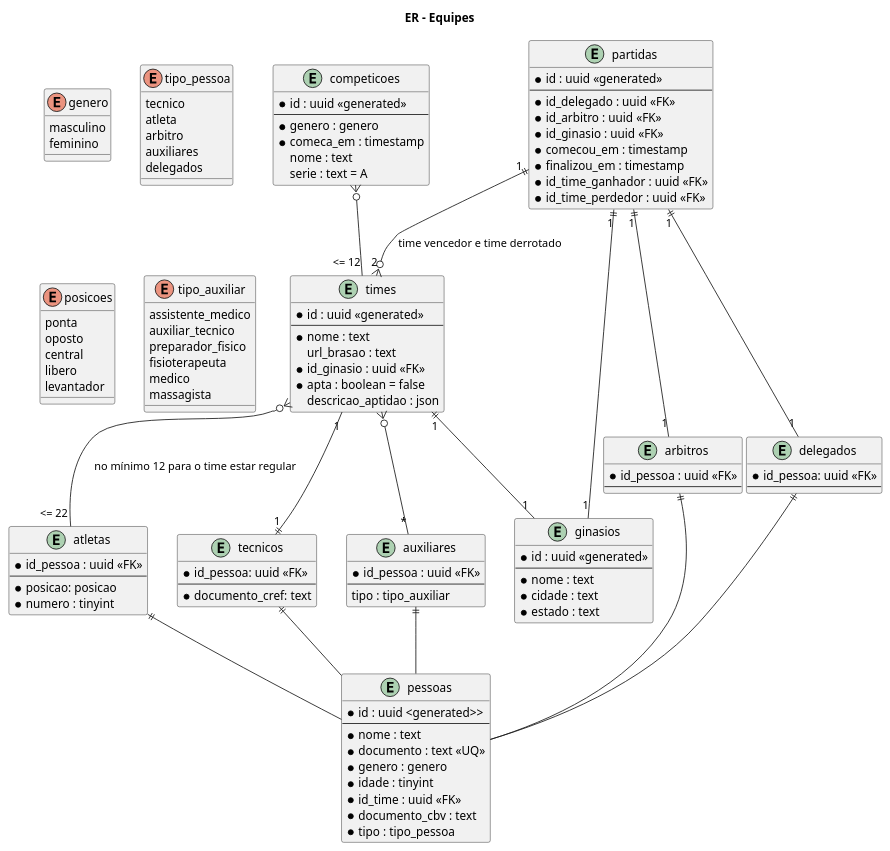
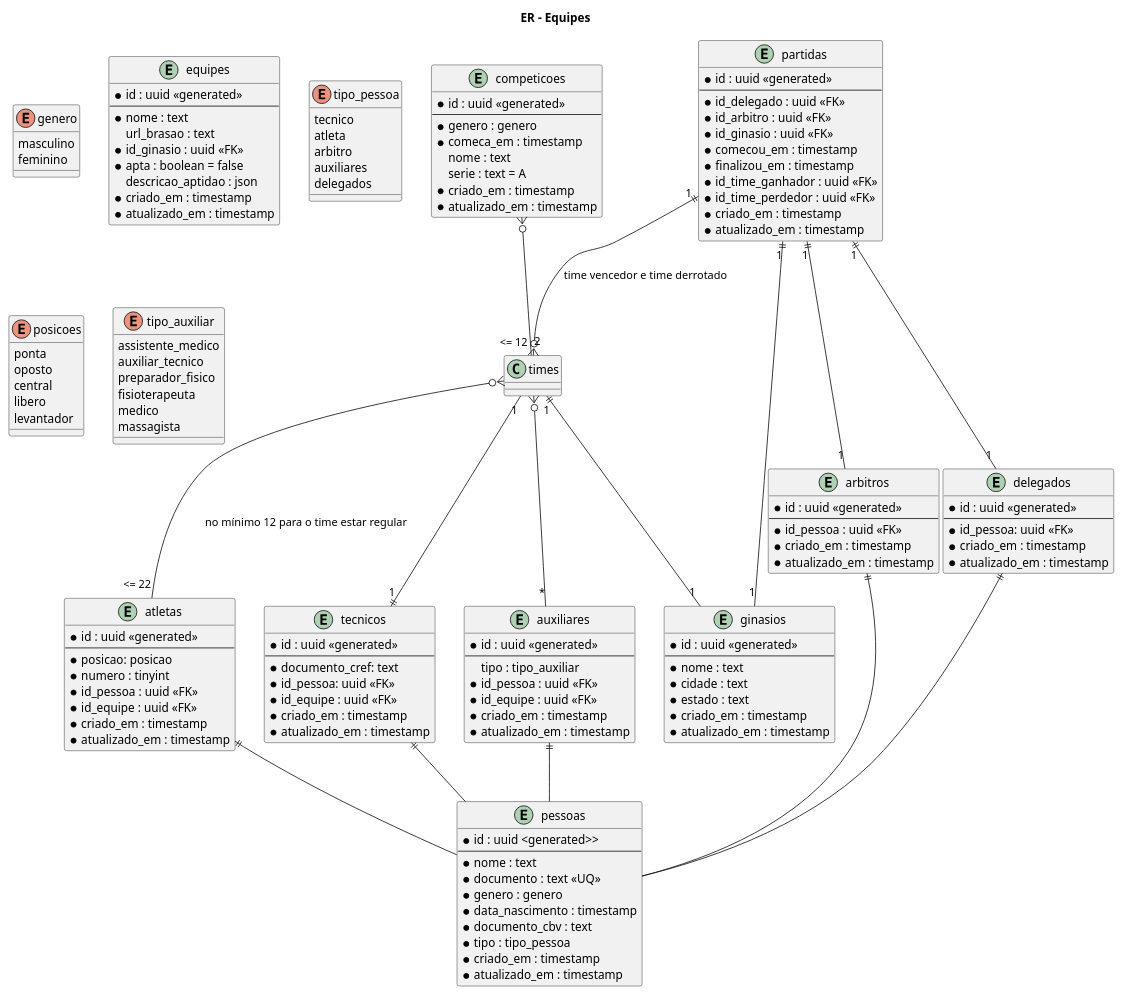
The diagram in docs/equipes.puml (josecleiton/volleyball-api), drawn with PlantUML before and after one commit. The commit also changed 1 other file, not shown here.

Commit message:
fix(docs): adiciona id_pessoa e id_equipe nas relações

```diff
--- a/docs/equipes.puml
+++ b/docs/equipes.puml
@@ -1,132 +1,159 @@
 @startuml er
 title ER - Equipes
 
 enum genero{
 	masculino
 	feminino
 }
 
 entity competicoes {
 	* id : uuid <<generated>>
 	--
 	* genero : genero
 	* comeca_em : timestamp
 	nome : text
 	serie : text = A
+	* criado_em : timestamp
+	* atualizado_em : timestamp
 }
 
-entity times {
+entity equipes {
 	* id : uuid <<generated>>
 	--
 	* nome : text
 	url_brasao : text
 	* id_ginasio : uuid <<FK>>  
 	* apta : boolean = false
 	descricao_aptidao : json
 	'min 12 per tournament'
 	'max 22 per tounament'
+	* criado_em : timestamp
+	* atualizado_em : timestamp
 }
 
 entity ginasios {
 	* id : uuid <<generated>>
 	--
 	* nome : text
 	* cidade : text
 	* estado : text
+	* criado_em : timestamp
+	* atualizado_em : timestamp
 }
 
 enum tipo_pessoa {
 	tecnico 
 	atleta
 	arbitro
 	auxiliares
 	delegados
 }
 
 entity pessoas {
 	* id : uuid <generated>>
 	--
 	* nome : text
 	* documento : text <<UQ>>
 	* genero : genero
-	* idade : tinyint
-	* id_time : uuid <<FK>>
+	* data_nascimento : timestamp
 	* documento_cbv : text
 	* tipo : tipo_pessoa
+	* criado_em : timestamp
+	* atualizado_em : timestamp
 }
 
 enum posicoes {
 	ponta
 	oposto
 	central
 	libero
 	levantador
 }
 
 entity atletas{
-	* id_pessoa : uuid <<FK>>
+	* id : uuid <<generated>>
 	--
 	* posicao: posicao
 	* numero : tinyint
+	* id_pessoa : uuid <<FK>>
+	* id_equipe : uuid <<FK>>
+	* criado_em : timestamp
+	* atualizado_em : timestamp
 }
 
 entity tecnicos{
-	* id_pessoa: uuid <<FK>>
+	* id : uuid <<generated>>
 	--
 	* documento_cref: text
+	* id_pessoa: uuid <<FK>>
+	* id_equipe : uuid <<FK>>
+	* criado_em : timestamp
+	* atualizado_em : timestamp
 }
 
 entity arbitros {
+	* id : uuid <<generated>>
+	--
 	* id_pessoa : uuid <<FK>>
-	--
+	* criado_em : timestamp
+	* atualizado_em : timestamp
 }
 
 enum tipo_auxiliar {
 	assistente_medico
 	auxiliar_tecnico
 	preparador_fisico
 	fisioterapeuta
 	medico
 	massagista
 }
 
 entity auxiliares {
-	* id_pessoa : uuid <<FK>>
+	* id : uuid <<generated>>
 	--
 	tipo : tipo_auxiliar
+	* id_pessoa : uuid <<FK>>
+	* id_equipe : uuid <<FK>>
+	* criado_em : timestamp
+	* atualizado_em : timestamp
 }
 
 entity delegados {
+	* id : uuid <<generated>>
+	--
 	* id_pessoa: uuid <<FK>>
-	--
+	* criado_em : timestamp
+	* atualizado_em : timestamp
 }
 
 entity partidas {
 	* id : uuid <<generated>>
 	--
 	* id_delegado : uuid <<FK>>
 	* id_arbitro : uuid <<FK>>
 	* id_ginasio : uuid <<FK>>
 	* comecou_em : timestamp
 	* finalizou_em : timestamp
 	* id_time_ganhador : uuid <<FK>>
 	* id_time_perdedor : uuid <<FK>>
+	* criado_em : timestamp
+	* atualizado_em : timestamp
 }
 
 competicoes }o-- "<= 12" times
 times }o-- "<= 22" atletas : no mínimo 12 para o time estar regular
 times "1" --|| "1" tecnicos
 times }o-- "*" auxiliares
 times "1" ||-- "1" ginasios
 partidas "1" ||-- "1" arbitros
 partidas "1" ||-- "1" delegados
 partidas "1" ||-- "1" ginasios
 partidas "1" ||--o{ "2" times : time vencedor e time derrotado
 
 atletas ||-- pessoas
 tecnicos ||-- pessoas
 auxiliares ||-- pessoas
 arbitros ||-- pessoas
 delegados ||-- pessoas
 
 @enduml
```
